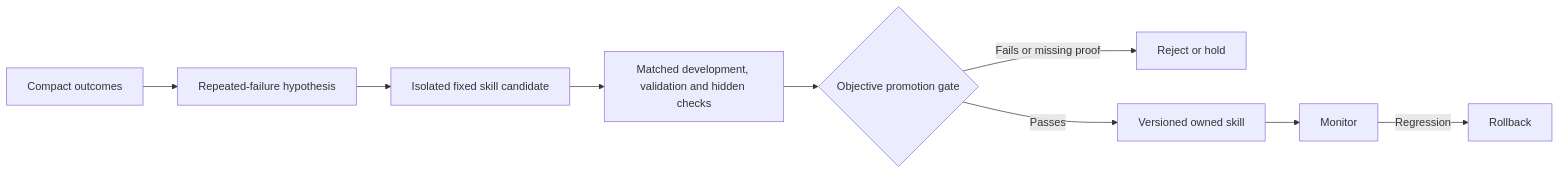
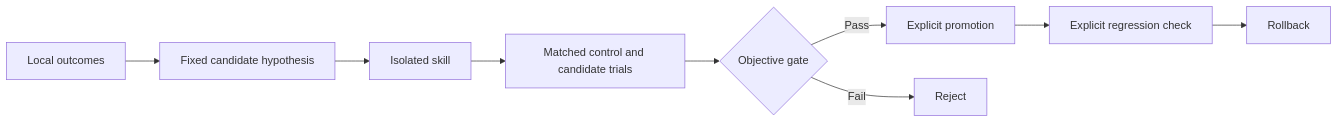
Before and after one commit to PranavMishra28/kryn: the second of 2 diagrams in README.md, drawn with Mermaid. The commit also changed other lines of this file and 10 other files, not shown here.

````diff
--- a/README.md
+++ b/README.md
@@ -110,11 +105,11 @@
-~~~mermaid
+```mermaid
 flowchart LR
-    O[Compact outcomes] --> H[Repeated-failure hypothesis]
-    H --> C[Isolated fixed skill candidate]
-    C --> E[Matched development, validation and hidden checks]
-    E --> G{Objective promotion gate}
-    G -->|Fails or missing proof| X[Reject or hold]
-    G -->|Passes| V[Versioned owned skill]
-    V --> M[Monitor]
-    M -->|Regression| R[Rollback]
-~~~
+    O[Local outcomes] --> H[Fixed candidate hypothesis]
+    H --> C[Isolated skill]
+    C --> E[Matched control and candidate trials]
+    E --> G{Objective gate}
+    G -->|Pass| P[Explicit promotion]
+    G -->|Fail| R[Reject]
+    P --> M[Explicit regression check]
+    M --> B[Rollback]
+```
````
